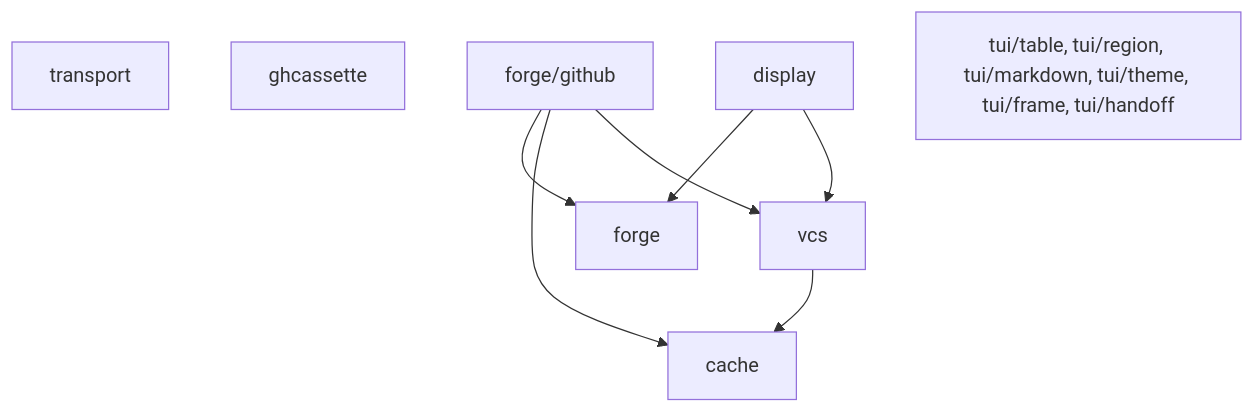
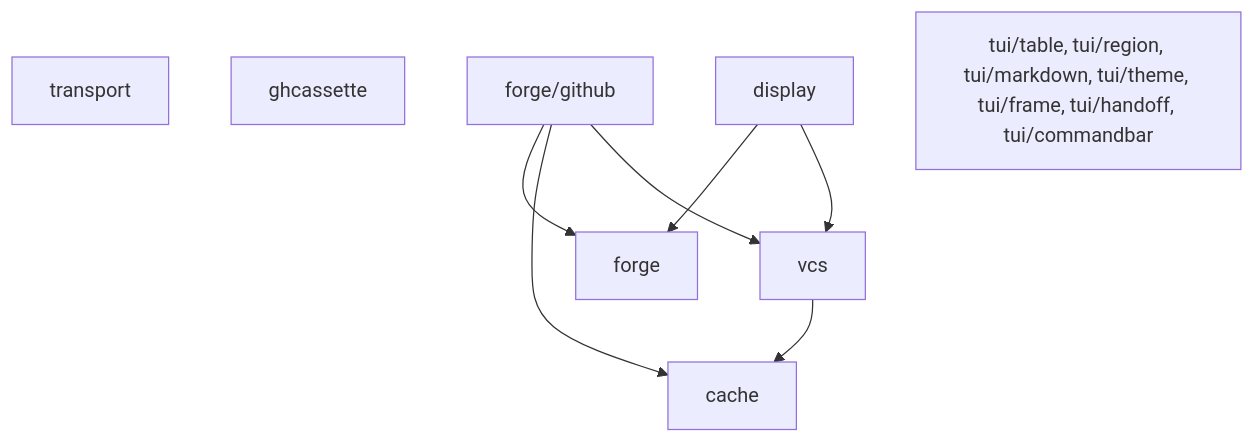
Before and after one commit to KyleKing/aragonite: the diagram in DESIGN.md, drawn with Mermaid. The commit also changed 3 other files, not shown here.

Commit message:
feat(tui/commandbar): add a generic command registry with tab completion

````diff
--- a/DESIGN.md
+++ b/DESIGN.md
@@ -22,15 +22,15 @@
 ```mermaid
 flowchart TD
     cache["cache"]
     transport["transport"]
     ghcassette["ghcassette"]
     vcs["vcs"]
     forge["forge"]
     github["forge/github"]
     display["display"]
-    tui["tui/table, tui/region, tui/markdown, tui/theme, tui/frame, tui/handoff"]
+    tui["tui/table, tui/region, tui/markdown, tui/theme, tui/frame, tui/handoff, tui/commandbar"]
 
     vcs --> cache
     github --> forge & cache & vcs
     display --> forge & vcs
 ```
````
